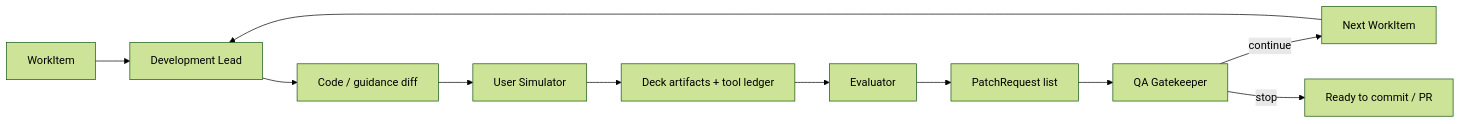
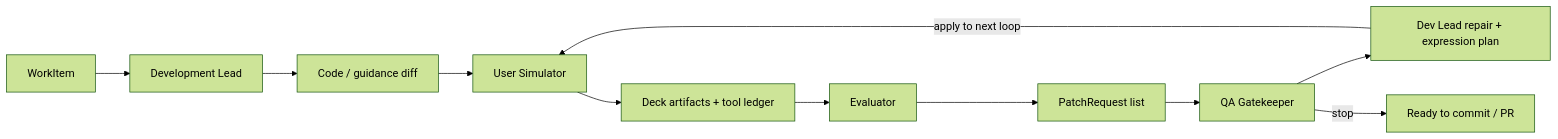
Before and after one commit to murasamelabo/pptcreater: the diagram in docs/dev-loop-architecture.md, drawn with Mermaid (forest theme). The commit also changed other lines of this file and 3 other files, not shown here.

Commit message:
Make dev-loop runner apply improvements

````diff
--- a/docs/dev-loop-architecture.md
+++ b/docs/dev-loop-architecture.md
@@ -121,13 +155,13 @@
 ```mermaid
 flowchart LR
   WI[WorkItem] --> DEV[Development Lead]
   DEV --> DIFF[Code / guidance diff]
   DIFF --> USER[User Simulator]
   USER --> ART[Deck artifacts + tool ledger]
   ART --> EVAL[Evaluator]
   EVAL --> PR[PatchRequest list]
   PR --> QA[QA Gatekeeper]
-  QA -- continue --> WI2[Next WorkItem]
-  WI2 --> DEV
+  QA --> PLAN[Dev Lead repair + expression plan]
+  PLAN -- apply to next loop --> USER
   QA -- stop --> DONE[Ready to commit / PR]
 ```
````
